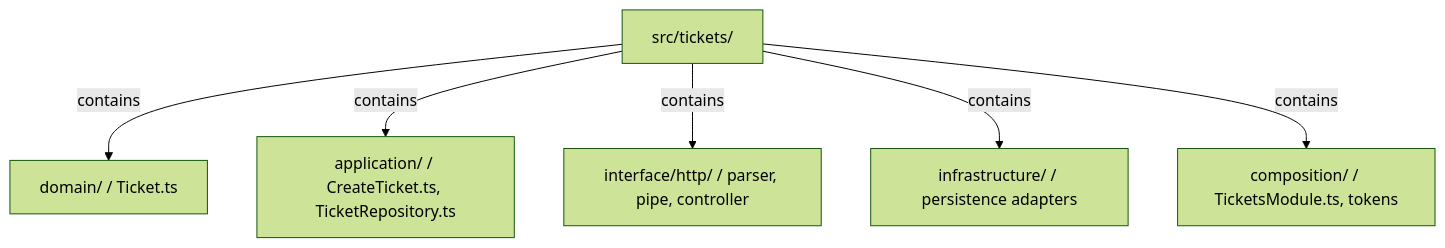
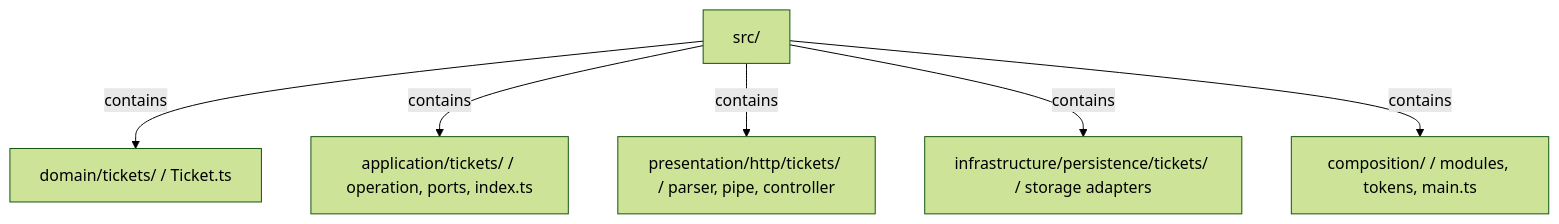
The first of 2 diagrams in backend/4-create-ticket-with-nestjs.md (AndresTaoFlorez/software-architecture), drawn with Mermaid (forest theme) before and after one commit. The commit also changed other lines of this file and 20 other files, not shown here.

````diff
--- a/backend/4-create-ticket-with-nestjs.md
+++ b/backend/4-create-ticket-with-nestjs.md
@@ -15,8 +15,8 @@
 ```mermaid
 flowchart TD
-    T["src/tickets/"] -->|"contains"| D["domain/ / Ticket.ts"]
-    T -->|"contains"| A["application/ / CreateTicket.ts, TicketRepository.ts"]
-    T -->|"contains"| H["interface/http/ / parser, pipe, controller"]
-    T -->|"contains"| I["infrastructure/ / persistence adapters"]
-    T -->|"contains"| C["composition/ / TicketsModule.ts, tokens"]
+    S["src/"] -->|"contains"| D["domain/tickets/ / Ticket.ts"]
+    S -->|"contains"| A["application/tickets/ / operation, ports, index.ts"]
+    S -->|"contains"| H["presentation/http/tickets/ / parser, pipe, controller"]
+    S -->|"contains"| I["infrastructure/persistence/tickets/ / storage adapters"]
+    S -->|"contains"| C["composition/ / modules, tokens, main.ts"]
 ```
````
